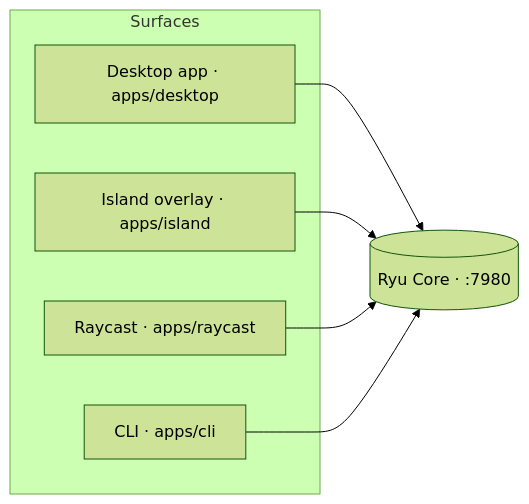
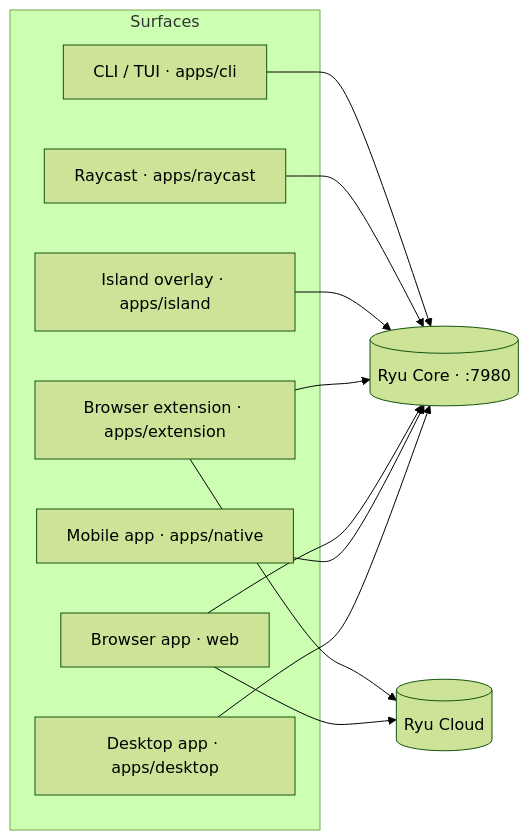
One commit to amajorai/ryu-docs changed the diagram in content/docs/surfaces/index.mdx. Above: the diagram before and after it, drawn with Mermaid (forest theme). The commit also changed other lines of this file and 374 other files, not shown here.

````diff
--- a/content/docs/surfaces/index.mdx
+++ b/content/docs/surfaces/index.mdx
@@ -10,14 +12,23 @@
 ```mermaid
 flowchart LR
   subgraph "Surfaces"
     d[Desktop app · apps/desktop]
+    m[Mobile app · apps/native]
+    w[Browser app · web]
+    e[Browser extension · apps/extension]
     i[Island overlay · apps/island]
     r[Raycast · apps/raycast]
-    c[CLI · apps/cli]
+    c[CLI / TUI · apps/cli]
   end
   core[(Ryu Core · :7980)]
+  cloud[(Ryu Cloud)]
   d --> core
+  m --> core
+  w --> core
+  w --> cloud
+  e --> core
+  e --> cloud
   i --> core
   r --> core
   c --> core
 ```
````
